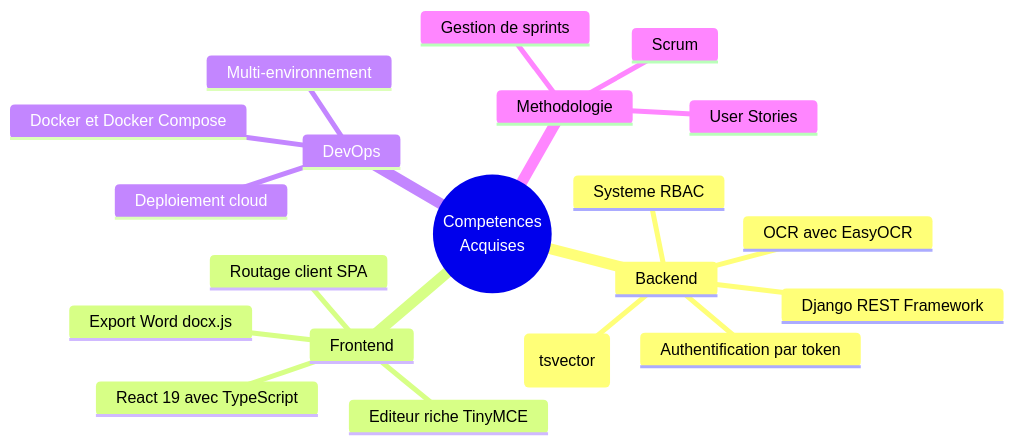
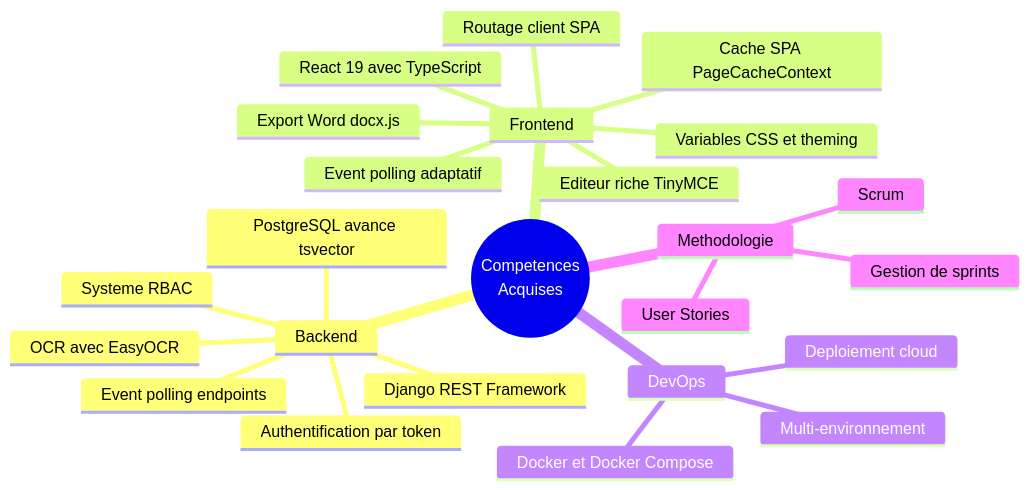
One commit to mohamedYassinChayada/stage-perf changed the second of 2 diagrams in rapport/chapitre-6-conclusion-generale.md. Above: the diagram before and after it, drawn with Mermaid. The commit also changed other lines of this file and 7 other files, not shown here.

First line of the commit message:
feat: Update UML diagrams and documentation for new features

````diff
--- a/rapport/chapitre-6-conclusion-generale.md
+++ b/rapport/chapitre-6-conclusion-generale.md
@@ -56,23 +60,27 @@
 ```mermaid
 mindmap
   root((Competences<br/>Acquises))
     Backend
       Django REST Framework
       Authentification par token
       Systeme RBAC
-      PostgreSQL avance (tsvector)
+      PostgreSQL avance tsvector
       OCR avec EasyOCR
+      Event polling endpoints
     Frontend
       React 19 avec TypeScript
       Routage client SPA
       Editeur riche TinyMCE
       Export Word docx.js
+      Event polling adaptatif
+      Cache SPA PageCacheContext
+      Variables CSS et theming
     DevOps
       Docker et Docker Compose
       Multi-environnement
       Deploiement cloud
     Methodologie
       Scrum
       Gestion de sprints
       User Stories
 ```
````
